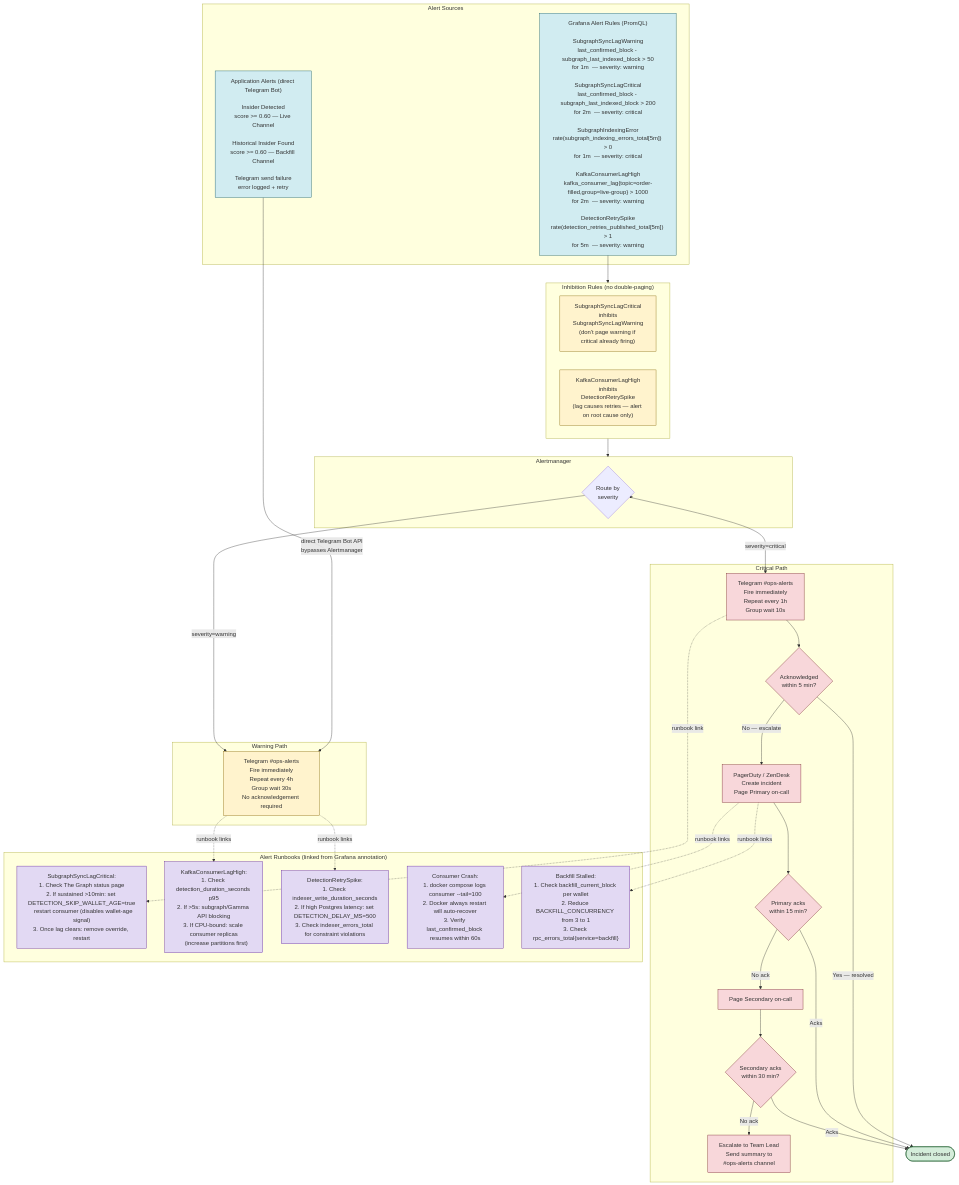
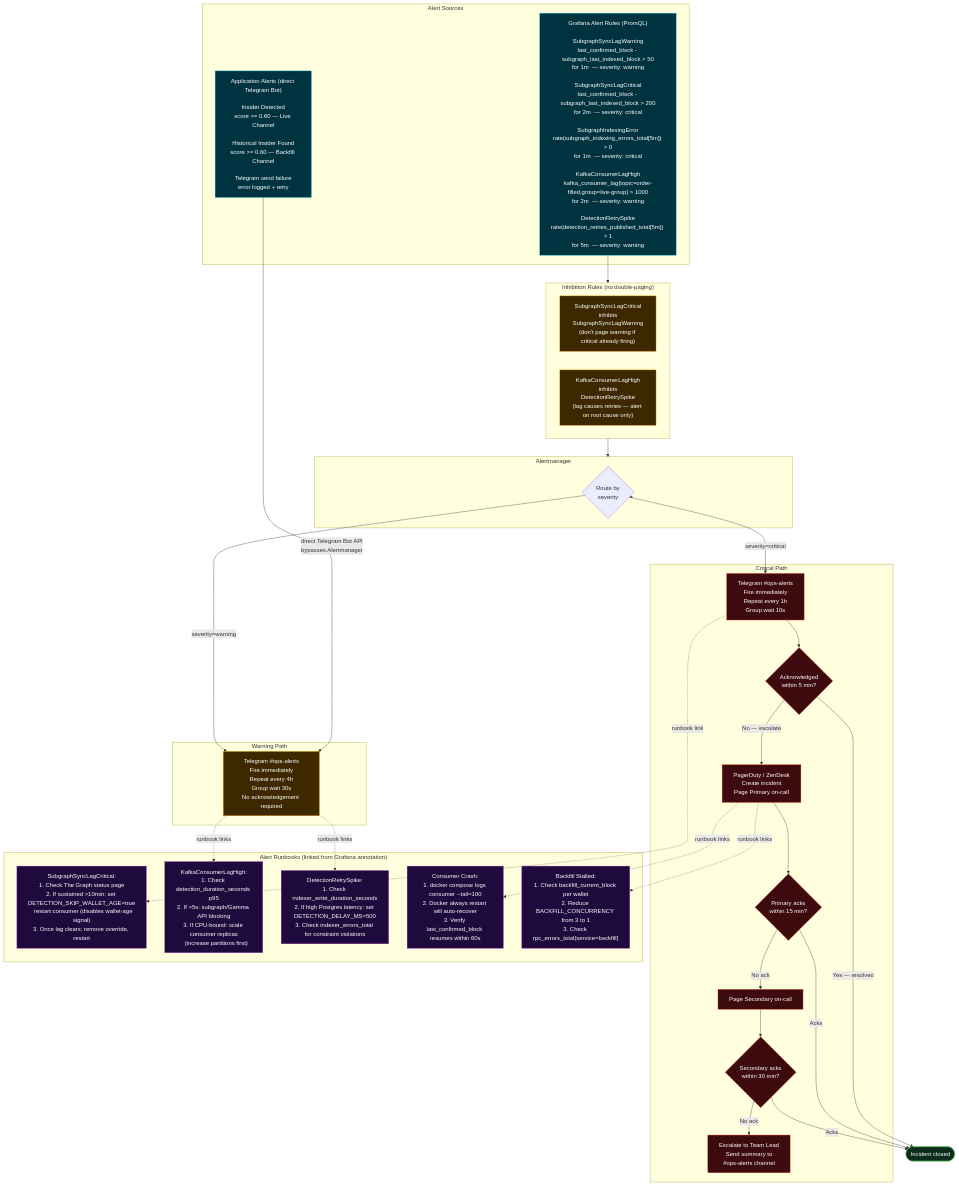
Before and after one commit to rahul7668gupta/polymarket-insider-trading-indexing-and-detection: the eighth of 8 diagrams in polymarket_insider_trading_detection_diagram.md, drawn with Mermaid. The commit also changed other lines of this file, not shown here.

Commit message:
diagram color scheme update

````diff
--- a/polymarket_insider_trading_detection_diagram.md
+++ b/polymarket_insider_trading_detection_diagram.md
@@ -492,76 +492,76 @@
 ```mermaid
 flowchart TD
     subgraph SOURCES["Alert Sources"]
         GRAFANA_ALERTS["Grafana Alert Rules (PromQL)<br/><br/>SubgraphSyncLagWarning<br/>last_confirmed_block - subgraph_last_indexed_block > 50<br/>for 1m  — severity: warning<br/><br/>SubgraphSyncLagCritical<br/>last_confirmed_block - subgraph_last_indexed_block > 200<br/>for 2m  — severity: critical<br/><br/>SubgraphIndexingError<br/>rate(subgraph_indexing_errors_total[5m]) > 0<br/>for 1m  — severity: critical<br/><br/>KafkaConsumerLagHigh<br/>kafka_consumer_lag{topic=order-filled,group=live-group} > 1000<br/>for 2m  — severity: warning<br/><br/>DetectionRetrySpike<br/>rate(detection_retries_published_total[5m]) > 1<br/>for 5m  — severity: warning"]
 
         APP_ALERTS["Application Alerts (direct Telegram Bot)<br/><br/>Insider Detected<br/>score >= 0.60 — Live Channel<br/><br/>Historical Insider Found<br/>score >= 0.60 — Backfill Channel<br/><br/>Telegram send failure<br/>error logged + retry"]
     end
 
     subgraph INHIBIT["Inhibition Rules (no double-paging)"]
         INH1["SubgraphSyncLagCritical<br/>inhibits<br/>SubgraphSyncLagWarning<br/>(don't page warning if critical already firing)"]
         INH2["KafkaConsumerLagHigh<br/>inhibits<br/>DetectionRetrySpike<br/>(lag causes retries — alert on root cause only)"]
     end
 
     subgraph AM["Alertmanager"]
         ROUTE{"Route by<br/>severity"}
     end
 
     subgraph WARN_PATH["Warning Path"]
         W1["Telegram #ops-alerts<br/>Fire immediately<br/>Repeat every 4h<br/>Group wait 30s<br/>No acknowledgement required"]
     end
 
     subgraph CRIT_PATH["Critical Path"]
         C1["Telegram #ops-alerts<br/>Fire immediately<br/>Repeat every 1h<br/>Group wait 10s"]
         C2{"Acknowledged<br/>within 5 min?"}
         C3["PagerDuty / ZenDesk<br/>Create incident<br/>Page Primary on-call"]
         C4{"Primary acks<br/>within 15 min?"}
         C5["Page Secondary on-call"]
         C6{"Secondary acks<br/>within 30 min?"}
         C7["Escalate to Team Lead<br/>Send summary to<br/>#ops-alerts channel"]
     end
 
     subgraph RUNBOOKS["Alert Runbooks (linked from Grafana annotation)"]
         RB1["SubgraphSyncLagCritical:<br/>1. Check The Graph status page<br/>2. If sustained >10min: set DETECTION_SKIP_WALLET_AGE=true<br/>   restart consumer (disables wallet-age signal)<br/>3. Once lag clears: remove override, restart"]
         RB2["KafkaConsumerLagHigh:<br/>1. Check detection_duration_seconds p95<br/>2. If >5s: subgraph/Gamma API blocking<br/>3. If CPU-bound: scale consumer replicas<br/>   (increase partitions first)"]
         RB3["DetectionRetrySpike:<br/>1. Check indexer_write_duration_seconds<br/>2. If high Postgres latency: set DETECTION_DELAY_MS=500<br/>3. Check indexer_errors_total for constraint violations"]
         RB4["Consumer Crash:<br/>1. docker compose logs consumer --tail=100<br/>2. Docker always restart will auto-recover<br/>3. Verify last_confirmed_block resumes within 60s"]
         RB5["Backfill Stalled:<br/>1. Check backfill_current_block per wallet<br/>2. Reduce BACKFILL_CONCURRENCY from 3 to 1<br/>3. Check rpc_errors_total{service=backfill}"]
     end
 
     GRAFANA_ALERTS --> INHIBIT
     INHIBIT --> AM
     APP_ALERTS -->|"direct Telegram Bot API<br/>bypasses Alertmanager"| W1
 
     ROUTE -->|"severity=warning"| W1
     ROUTE -->|"severity=critical"| C1
 
     C1 --> C2
     C2 -->|"Yes — resolved"| RESOLVED(["Incident closed"])
     C2 -->|"No — escalate"| C3
     C3 --> C4
     C4 -->|"Acks"| RESOLVED
     C4 -->|"No ack"| C5
     C5 --> C6
     C6 -->|"Acks"| RESOLVED
     C6 -->|"No ack"| C7
 
     AM --> ROUTE
 
     C1 -.->|"runbook link"| RB1
     W1 -.->|"runbook links"| RB2
     W1 -.->|"runbook links"| RB3
     C3 -.->|"runbook links"| RB4
     C3 -.->|"runbook links"| RB5
 
-    classDef source fill:#d1ecf1,stroke:#0c5460
-    classDef warn fill:#fff3cd,stroke:#856404
-    classDef crit fill:#f8d7da,stroke:#721c24
-    classDef runbook fill:#e2d9f3,stroke:#5a189a
-    classDef ok fill:#d4edda,stroke:#155724
+    classDef source fill:#003340,stroke:#00bcd4,color:#fff
+    classDef warn fill:#3d2800,stroke:#f0a500,color:#fff
+    classDef crit fill:#3d0a0e,stroke:#f44336,color:#fff
+    classDef runbook fill:#1e0a3d,stroke:#9c27b0,color:#fff
+    classDef ok fill:#0d2d1a,stroke:#4caf50,color:#fff
 
     class GRAFANA_ALERTS,APP_ALERTS source
     class W1,INH1,INH2 warn
     class C1,C2,C3,C4,C5,C6,C7 crit
     class RB1,RB2,RB3,RB4,RB5 runbook
     class RESOLVED ok
 ```
````
